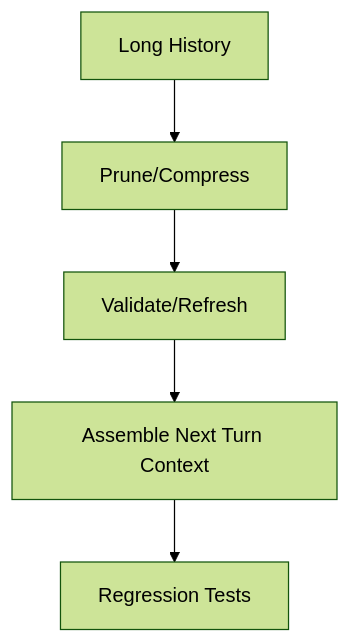
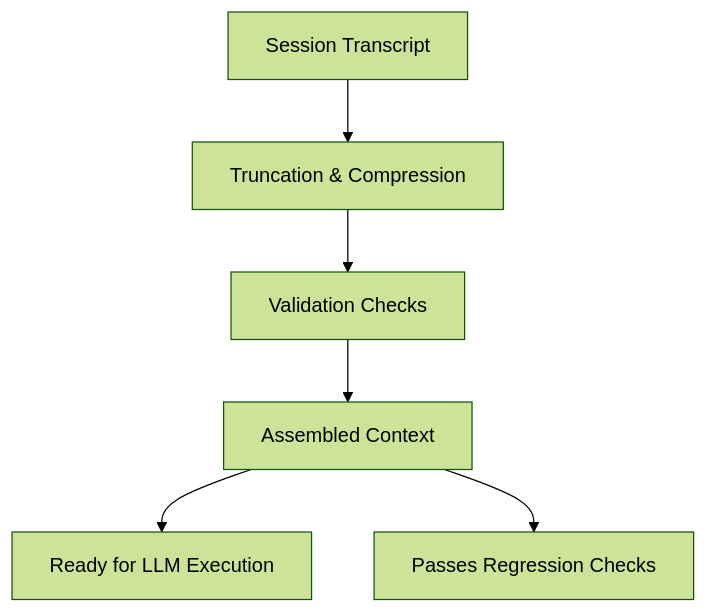
Before and after one commit to ShaileshRawat1403/context-engineering-core: the diagram in examples/long-session-stability-harness/README.md, drawn with Mermaid (forest theme). The commit also changed other lines of this file and 22 other files, not shown here.

````diff
--- a/examples/long-session-stability-harness/README.md
+++ b/examples/long-session-stability-harness/README.md
@@ -12,7 +20,8 @@
 ```mermaid
 flowchart TD
-    Hist[Long History] --> Prune[Prune/Compress]
-    Prune --> Validate[Validate/Refresh]
-    Validate --> Assemble[Assemble Next Turn Context]
-    Assemble --> Tests[Regression Tests]
+    Logs[Session Transcript] --> Trunc[Truncation & Compression]
+    Trunc --> Validate[Validation Checks]
+    Validate --> Assemble[Assembled Context]
+    Assemble --> LLM[Ready for LLM Execution]
+    Assemble --> Tests[Passes Regression Checks]
 ```
````
